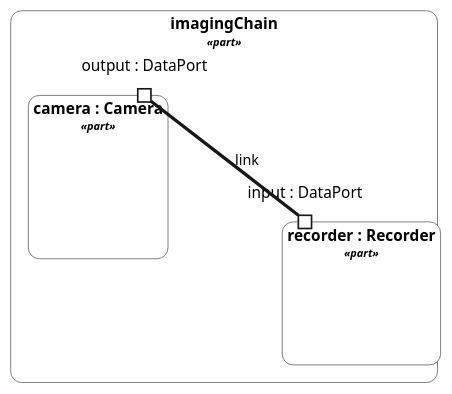
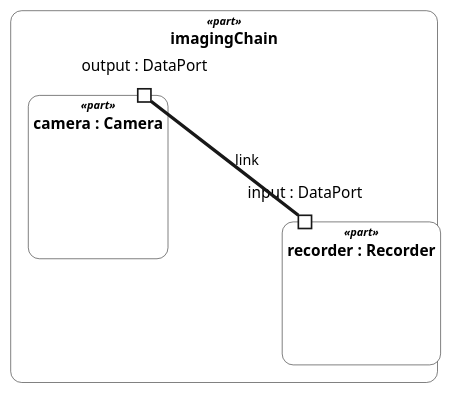
Before and after one commit to Open-MBEE/OpenSysML: the first of 2 diagrams in internal/doc/docrender/testdata/telescope_report.plantuml.golden.md, drawn with PlantUML. The commit also changed other lines of this file and 80 other files, not shown here.

First line of the commit message:
fix(view): head every node with its kind above the name and centre Mermaid subgraph titles

````diff
--- a/internal/doc/docrender/testdata/telescope_report.plantuml.golden.md
+++ b/internal/doc/docrender/testdata/telescope_report.plantuml.golden.md
@@ -83,54 +83,54 @@
 ```plantuml
 @startuml
 ' Observatory::interconnectView — interconnection rendering (render asInterconnectionDiagram)
 <style>
 root {
   BackGroundColor white
   FontName SansSerif
   FontSize 14
   FontColor black
   LineColor #181818
   HorizontalAlignment left
 }
 element {
   BackGroundColor white
   LineColor #181818
   LineThickness 0.5
   RoundCorner 0
   Shadowing 0.0
 }
 start, end, activityBar {
   BackGroundColor black
 }
 arrow {
   LineColor #181818
   LineThickness 1
   FontSize 13
 }
 note {
   BackGroundColor #FEFFDD
   FontSize 13
 }
 .usage {
   RoundCorner 20
 }
 .package {
   LineThickness 1.5
 }
 .region {
   LineStyle 4
 }
 </style>
 skinparam wrapWidth 300
 hide stereotype
-rectangle "**imagingChain**\n<size:10>//«part»//</size>" as n0 <<part>> <<usage>> {
-  rectangle "**camera : Camera**\n<size:10>//«part»//</size>" as n1 <<part>> <<usage>> {
+rectangle "<size:10>//«part»//</size>\n**imagingChain**" as n0 <<part>> <<usage>> {
+  rectangle "<size:10>//«part»//</size>\n**camera : Camera**" as n1 <<part>> <<usage>> {
     port "output : DataPort" as n1.0
   }
-  rectangle "**recorder : Recorder**\n<size:10>//«part»//</size>" as n2 <<part>> <<usage>> {
+  rectangle "<size:10>//«part»//</size>\n**recorder : Recorder**" as n2 <<part>> <<usage>> {
     port "input : DataPort" as n2.0
   }
 }
 n1.0 -[thickness=3]- n2.0 : link
 @enduml
 ```
````
